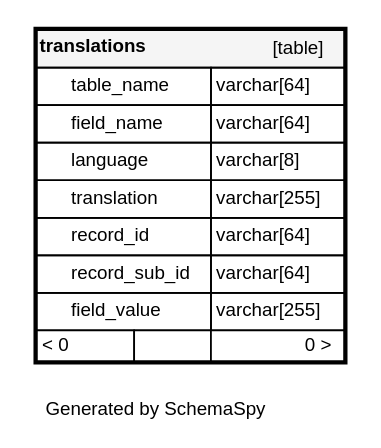
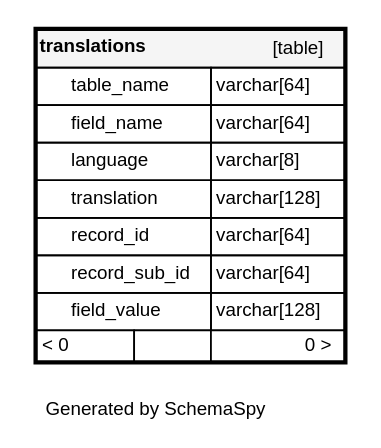
Before and after one commit to qazsato/gtfs-jp-db: the diagram in docs/diagrams/tables/translations.1degree.dot, drawn with Graphviz. The commit also changed 48 other files, not shown here.

```diff
--- a/docs/diagrams/tables/translations.1degree.dot
+++ b/docs/diagrams/tables/translations.1degree.dot
@@ -1,20 +1,20 @@
 digraph "oneDegreeRelationshipsDiagram" {
   graph [    rankdir="RL"    bgcolor="#ffffff"    label="\nGenerated by SchemaSpy"    labeljust="l"    nodesep="0.18"    ranksep="0.46"    fontname="Helvetica"    fontsize="11"    ration="compress"  ];  node [    fontname="Helvetica"    fontsize="11"    shape="plaintext"  ];  edge [    arrowsize="0.8"  ];
   "translations" [
    label=<
     <TABLE BORDER="2" CELLBORDER="1" CELLSPACING="0" BGCOLOR="#ffffff">
       <TR><TD COLSPAN="4"  BGCOLOR="#f5f5f5"><TABLE BORDER="0" CELLSPACING="0"><TR><TD ALIGN="LEFT" FIXEDSIZE="TRUE" WIDTH="72" HEIGHT="16"><B>translations</B></TD><TD ALIGN="RIGHT">[table]</TD></TR></TABLE></TD></TR>
       <TR><TD PORT="table_name" COLSPAN="2" ALIGN="LEFT"><TABLE BORDER="0" CELLSPACING="0" ALIGN="LEFT"><TR ALIGN="LEFT"><TD ALIGN="LEFT" FIXEDSIZE="TRUE" WIDTH="15" HEIGHT="16"></TD><TD ALIGN="LEFT" FIXEDSIZE="TRUE" WIDTH="81" HEIGHT="16">table_name</TD></TR></TABLE></TD><TD PORT="table_name.type" ALIGN="LEFT">varchar[64]</TD></TR>
       <TR><TD PORT="field_name" COLSPAN="2" ALIGN="LEFT"><TABLE BORDER="0" CELLSPACING="0" ALIGN="LEFT"><TR ALIGN="LEFT"><TD ALIGN="LEFT" FIXEDSIZE="TRUE" WIDTH="15" HEIGHT="16"></TD><TD ALIGN="LEFT" FIXEDSIZE="TRUE" WIDTH="81" HEIGHT="16">field_name</TD></TR></TABLE></TD><TD PORT="field_name.type" ALIGN="LEFT">varchar[64]</TD></TR>
       <TR><TD PORT="language" COLSPAN="2" ALIGN="LEFT"><TABLE BORDER="0" CELLSPACING="0" ALIGN="LEFT"><TR ALIGN="LEFT"><TD ALIGN="LEFT" FIXEDSIZE="TRUE" WIDTH="15" HEIGHT="16"></TD><TD ALIGN="LEFT" FIXEDSIZE="TRUE" WIDTH="81" HEIGHT="16">language</TD></TR></TABLE></TD><TD PORT="language.type" ALIGN="LEFT">varchar[8]</TD></TR>
-      <TR><TD PORT="translation" COLSPAN="2" ALIGN="LEFT"><TABLE BORDER="0" CELLSPACING="0" ALIGN="LEFT"><TR ALIGN="LEFT"><TD ALIGN="LEFT" FIXEDSIZE="TRUE" WIDTH="15" HEIGHT="16"></TD><TD ALIGN="LEFT" FIXEDSIZE="TRUE" WIDTH="81" HEIGHT="16">translation</TD></TR></TABLE></TD><TD PORT="translation.type" ALIGN="LEFT">varchar[255]</TD></TR>
+      <TR><TD PORT="translation" COLSPAN="2" ALIGN="LEFT"><TABLE BORDER="0" CELLSPACING="0" ALIGN="LEFT"><TR ALIGN="LEFT"><TD ALIGN="LEFT" FIXEDSIZE="TRUE" WIDTH="15" HEIGHT="16"></TD><TD ALIGN="LEFT" FIXEDSIZE="TRUE" WIDTH="81" HEIGHT="16">translation</TD></TR></TABLE></TD><TD PORT="translation.type" ALIGN="LEFT">varchar[128]</TD></TR>
       <TR><TD PORT="record_id" COLSPAN="2" ALIGN="LEFT"><TABLE BORDER="0" CELLSPACING="0" ALIGN="LEFT"><TR ALIGN="LEFT"><TD ALIGN="LEFT" FIXEDSIZE="TRUE" WIDTH="15" HEIGHT="16"></TD><TD ALIGN="LEFT" FIXEDSIZE="TRUE" WIDTH="81" HEIGHT="16">record_id</TD></TR></TABLE></TD><TD PORT="record_id.type" ALIGN="LEFT">varchar[64]</TD></TR>
       <TR><TD PORT="record_sub_id" COLSPAN="2" ALIGN="LEFT"><TABLE BORDER="0" CELLSPACING="0" ALIGN="LEFT"><TR ALIGN="LEFT"><TD ALIGN="LEFT" FIXEDSIZE="TRUE" WIDTH="15" HEIGHT="16"></TD><TD ALIGN="LEFT" FIXEDSIZE="TRUE" WIDTH="81" HEIGHT="16">record_sub_id</TD></TR></TABLE></TD><TD PORT="record_sub_id.type" ALIGN="LEFT">varchar[64]</TD></TR>
-      <TR><TD PORT="field_value" COLSPAN="2" ALIGN="LEFT"><TABLE BORDER="0" CELLSPACING="0" ALIGN="LEFT"><TR ALIGN="LEFT"><TD ALIGN="LEFT" FIXEDSIZE="TRUE" WIDTH="15" HEIGHT="16"></TD><TD ALIGN="LEFT" FIXEDSIZE="TRUE" WIDTH="81" HEIGHT="16">field_value</TD></TR></TABLE></TD><TD PORT="field_value.type" ALIGN="LEFT">varchar[255]</TD></TR>
+      <TR><TD PORT="field_value" COLSPAN="2" ALIGN="LEFT"><TABLE BORDER="0" CELLSPACING="0" ALIGN="LEFT"><TR ALIGN="LEFT"><TD ALIGN="LEFT" FIXEDSIZE="TRUE" WIDTH="15" HEIGHT="16"></TD><TD ALIGN="LEFT" FIXEDSIZE="TRUE" WIDTH="81" HEIGHT="16">field_value</TD></TR></TABLE></TD><TD PORT="field_value.type" ALIGN="LEFT">varchar[128]</TD></TR>
       <TR><TD ALIGN="LEFT" BGCOLOR="#ffffff">&lt; 0</TD><TD ALIGN="RIGHT" BGCOLOR="#ffffff">  </TD><TD ALIGN="RIGHT" BGCOLOR="#ffffff">0 &gt;</TD></TR>
     </TABLE>>
     URL="../../tables/translations.html"
     target="_top"
     tooltip="translations"
   ];
 }
```
